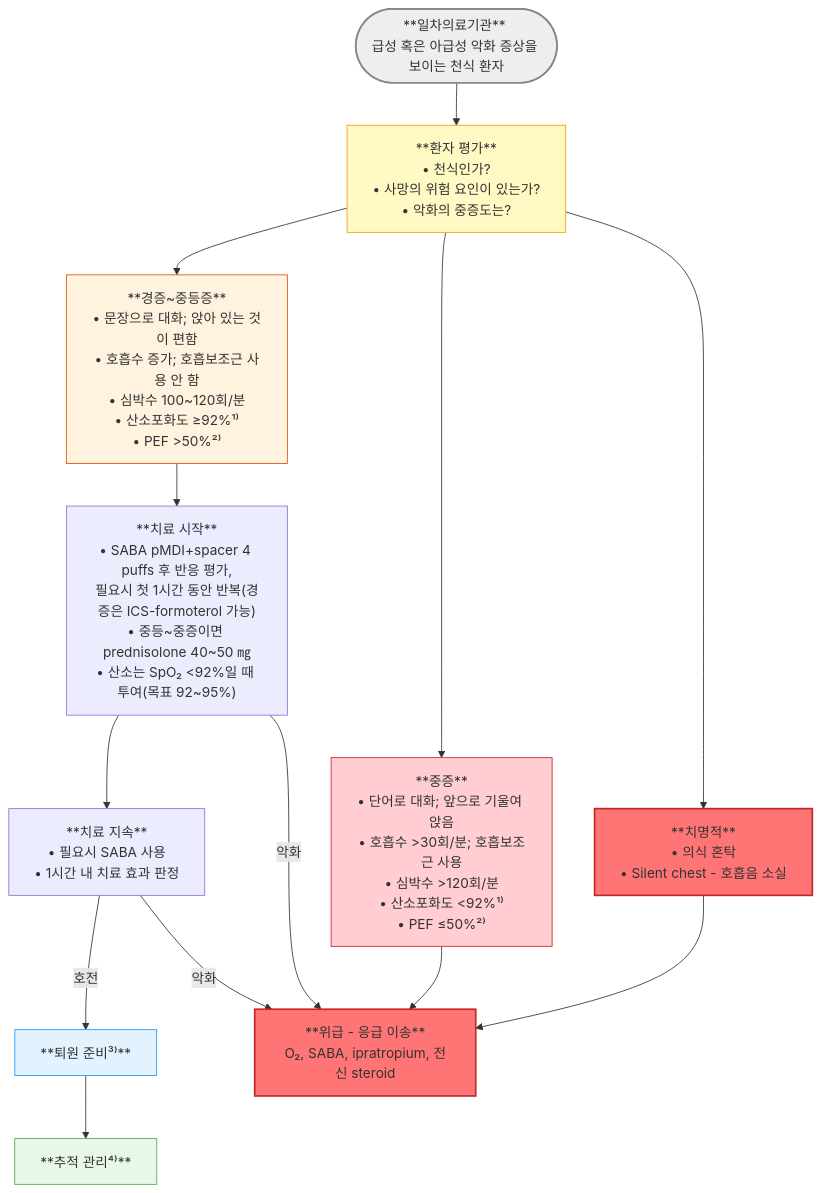
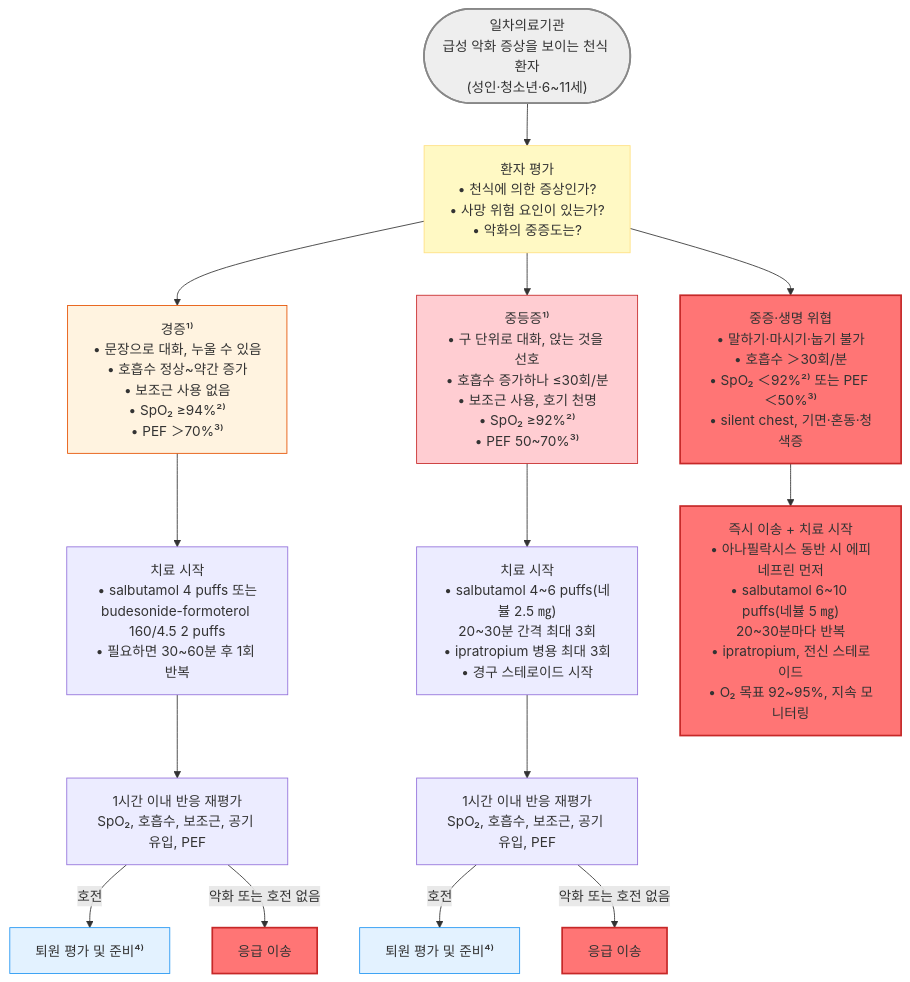
The second of 2 diagrams in 223_/071_-asthma.md (familyoh77/familyoh77), drawn with Mermaid before and after one commit. The commit also changed other lines of this file, not shown here.

````diff
--- a/223_/071_-asthma.md
+++ b/223_/071_-asthma.md
@@ -908,34 +894,41 @@
 ```mermaid
 flowchart TD
-Start(["**일차의료기관** <br/>급성 혹은 아급성 악화 증상을 보이는 천식 환자"])
-B["**환자 평가**<br/>• 천식인가?<br/>• 사망의 위험 요인이 있는가?<br/>• 악화의 중증도는?"]
-C["**경증~중등증**<br/>• 문장으로 대화; 앉아 있는 것이 편함<br/>• 호흡수 증가; 호흡보조근 사용 안 함<br/>• 심박수 100~120회/분<br/>• 산소포화도 ≥92%¹⁾<br/>• PEF >50%²⁾"]
-D["**중증**<br/>• 단어로 대화; 앞으로 기울여 앉음<br/>• 호흡수 >30회/분; 호흡보조근 사용<br/>• 심박수 >120회/분<br/>• 산소포화도 &lt;92%¹⁾<br/>• PEF ≤50%²⁾"]
-E["**치명적**<br/>• 의식 혼탁<br/>• Silent chest - 호흡음 소실"]
-F["**위급 - 응급 이송**<br/>O₂, SABA, ipratropium, 전신 steroid"]
-H["**치료 시작**<br/>• SABA pMDI+spacer 4 puffs 후 반응 평가,<br/>필요시 첫 1시간 동안 반복(경증은 ICS-formoterol 가능)<br/>• 중등~중증이면 prednisolone 40~50 ㎎<br/>• 산소는 SpO₂ &lt;92%일 때 투여(목표 92~95%)"]
-I["**치료 지속**<br/>• 필요시 SABA 사용<br/>• 1시간 내 치료 효과 판정"]
-K["**퇴원 준비³⁾**<br/>"]
-L["**추적 관리⁴⁾**"]
+    Start(["일차의료기관<br/>급성 악화 증상을 보이는 천식 환자<br/>(성인·청소년·6~11세)"])
+    B["환자 평가<br/>• 천식에 의한 증상인가?<br/>• 사망 위험 요인이 있는가?<br/>• 악화의 중증도는?"]
+    C["경증¹⁾<br/>• 문장으로 대화, 누울 수 있음<br/>• 호흡수 정상~약간 증가<br/>• 보조근 사용 없음<br/>• SpO₂ ≥94%²⁾<br/>• PEF ＞70%³⁾"]
+    D["중등증¹⁾<br/>• 구 단위로 대화, 앉는 것을 선호<br/>• 호흡수 증가하나 ≤30회/분<br/>• 보조근 사용, 호기 천명<br/>• SpO₂ ≥92%²⁾<br/>• PEF 50~70%³⁾"]
+    E["중증·생명 위협<br/>• 말하기·마시기·눕기 불가<br/>• 호흡수 ＞30회/분<br/>• SpO₂ ＜92%²⁾ 또는 PEF ＜50%³⁾<br/>• silent chest, 기면·혼동·청색증"]
+    H1["치료 시작<br/>• salbutamol 4 puffs 또는<br/>budesonide-formoterol 160/4.5 2 puffs<br/>• 필요하면 30~60분 후 1회 반복"]
+    H2["치료 시작<br/>• salbutamol 4~6 puffs(네뷸 2.5 ㎎)<br/>20~30분 간격 최대 3회<br/>• ipratropium 병용 최대 3회<br/>• 경구 스테로이드 시작"]
+    F["즉시 이송 + 치료 시작<br/>• 아나필락시스 동반 시 에피네프린 먼저<br/>• salbutamol 6~10 puffs(네뷸 5 ㎎)<br/>20~30분마다 반복<br/>• ipratropium, 전신 스테로이드<br/>• O₂ 목표 92~95%, 지속 모니터링"]
+    R1["1시간 이내 반응 재평가<br/>SpO₂, 호흡수, 보조근, 공기 유입, PEF"]
+    R2["1시간 이내 반응 재평가<br/>SpO₂, 호흡수, 보조근, 공기 유입, PEF"]
+    F1["응급 이송"]
+    F2["응급 이송"]
+    K1["퇴원 평가 및 준비⁴⁾"]
+    K2["퇴원 평가 및 준비⁴⁾"]
 
-Start --> B
-B --> C
-B --> D
-C --> H
-H --> I
-I -->|호전| K
-H -->|악화| F
-I -->|악화| F
-D --> F
-E --> F
-B --> E
-K --> L
-style Start fill:#eeeeee,stroke:#888888,stroke-width:2px
-style B fill:#fff9c4,stroke:#f39c12
-style C fill:#fff3e0,stroke:#e65100,stroke-width:1px
-style D fill:#ffcdd2,stroke:#c62828,stroke-width:1px
-style E fill:#ff7575,stroke:#c62828,stroke-width:2px
-style F fill:#ff7575,stroke:#c62828,stroke-width:2px
-style K fill:#e3f2ff,stroke:#2196f3
-style L fill:#e8f8e8,stroke:#4caf50
+    Start --> B
+    B --> C
+    B --> D
+    B --> E
+    C --> H1
+    D --> H2
+    E --> F
+    H1 --> R1
+    H2 --> R2
+    R1 -- "호전" --> K1
+    R1 -- "악화 또는 호전 없음" --> F1
+    R2 -- "호전" --> K2
+    R2 -- "악화 또는 호전 없음" --> F2
+
+    classDef question fill:#fff9c4,stroke:#ffe082
+    classDef red fill:#ff7575,stroke:#c62828,stroke-width:2px
+    classDef blue fill:#e3f2ff,stroke:#2196f3
+    class B question
+    class E,F,F1,F2 red
+    class K1,K2 blue
+    style Start fill:#eeeeee,stroke:#888888,stroke-width:2px
+    style C fill:#fff3e0,stroke:#e65100,stroke-width:1px
+    style D fill:#ffcdd2,stroke:#c62828,stroke-width:1px
 ```
````
